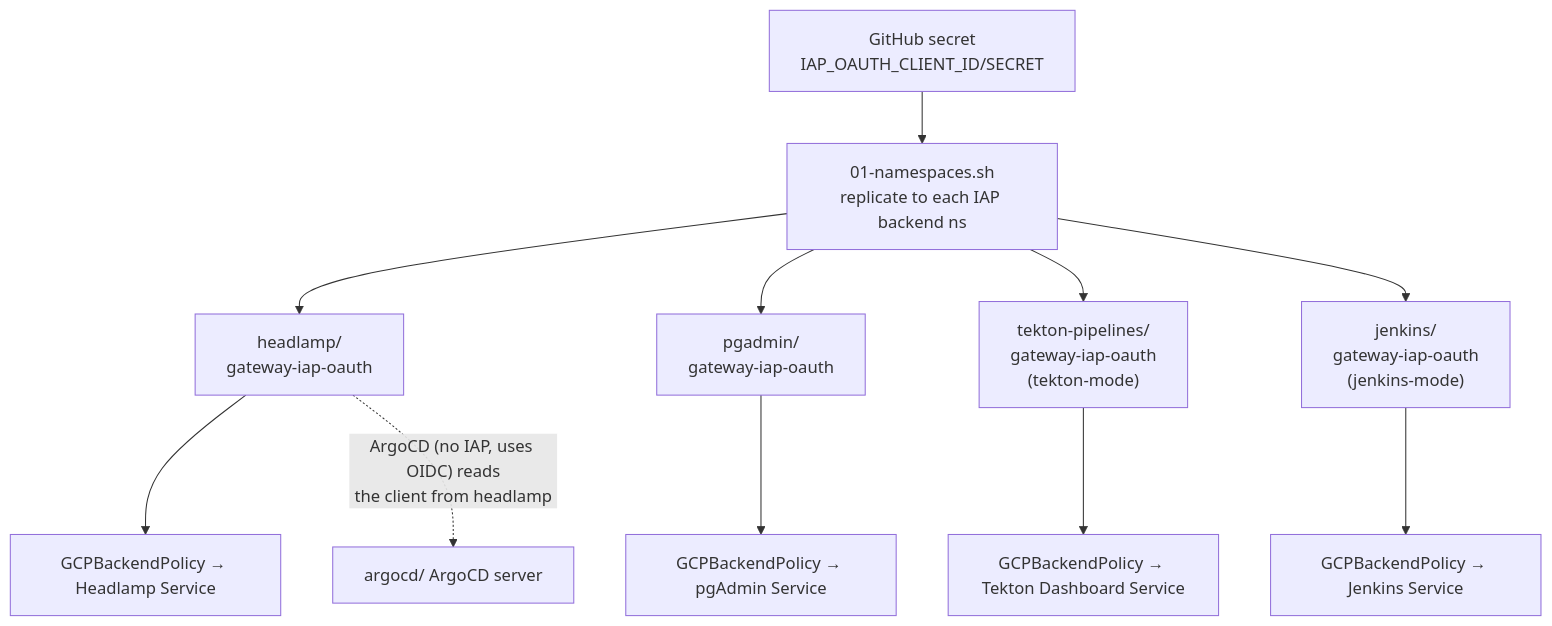
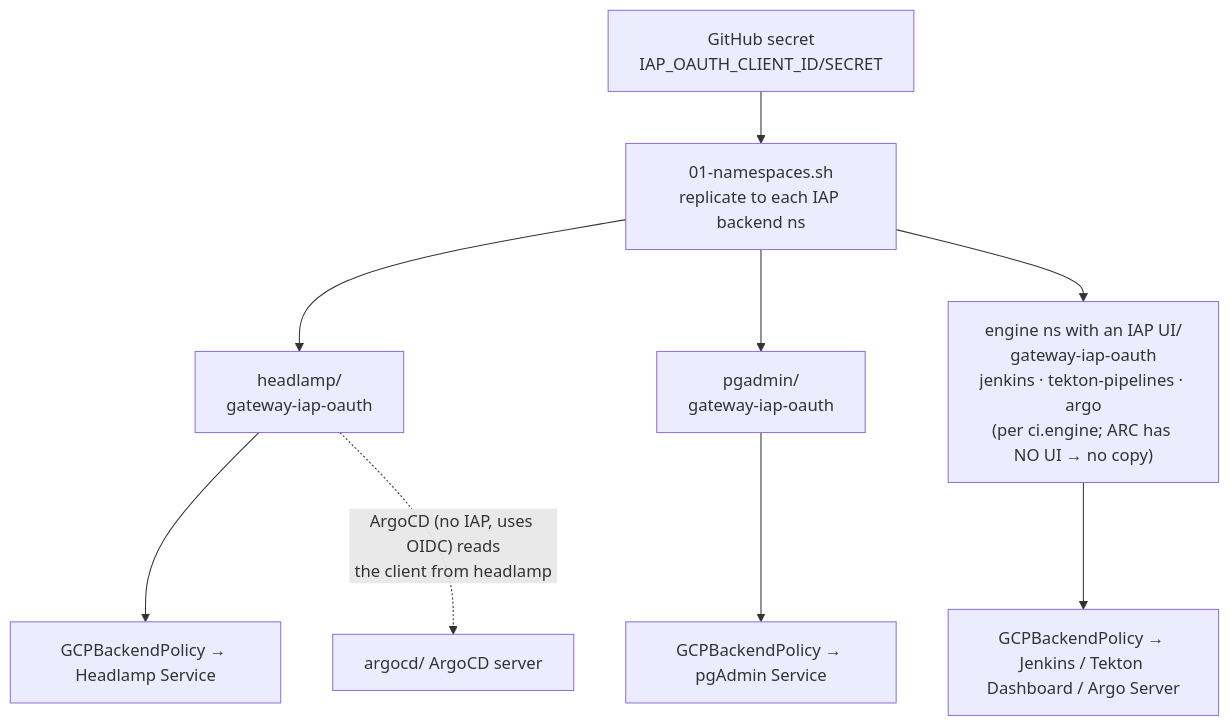
The tenth of 11 diagrams in docs/201-ARCHITECTURE.md (nubenetes/jenkins-2026), drawn with Mermaid before and after one commit. The commit also changed other lines of this file and 28 other files, not shown here.

````diff
--- a/docs/201-ARCHITECTURE.md
+++ b/docs/201-ARCHITECTURE.md
@@ -962,13 +976,11 @@
 ```mermaid
 graph TD
     GHS["GitHub secret<br/>IAP_OAUTH_CLIENT_ID/SECRET"] --> NS["01-namespaces.sh<br/>replicate to each IAP backend ns"]
     NS --> H["headlamp/<br/>gateway-iap-oauth"]
     NS --> P["pgadmin/<br/>gateway-iap-oauth"]
-    NS --> T["tekton-pipelines/<br/>gateway-iap-oauth<br/>(tekton-mode)"]
-    NS --> J["jenkins/<br/>gateway-iap-oauth<br/>(jenkins-mode)"]
+    NS --> J["engine ns with an IAP UI/<br/>gateway-iap-oauth<br/>jenkins · tekton-pipelines · argo<br/>(per ci.engine; ARC has NO UI → no copy)"]
     H --> HP["GCPBackendPolicy → Headlamp Service"]
     P --> PP["GCPBackendPolicy → pgAdmin Service"]
-    T --> TP["GCPBackendPolicy → Tekton Dashboard Service"]
-    J --> JP["GCPBackendPolicy → Jenkins Service"]
+    J --> JP["GCPBackendPolicy → Jenkins / Tekton Dashboard / Argo Server"]
     H -. "ArgoCD (no IAP, uses OIDC) reads<br/>the client from headlamp" .-> ACD["argocd/ ArgoCD server"]
 ```
````
